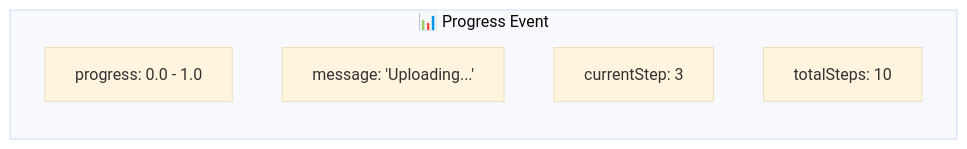
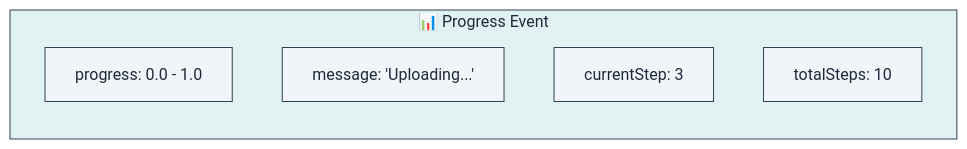
Before and after one commit to lploc94/flutter_orchestrator: the ninth of 16 diagrams in book/vi/chapters/05_advanced_patterns.md, drawn with Mermaid (base theme). The commit also changed other lines of this file and 4 other files, not shown here.

````diff
--- a/book/vi/chapters/05_advanced_patterns.md
+++ b/book/vi/chapters/05_advanced_patterns.md
@@ -207,9 +241,15 @@
 ```mermaid
 graph LR
     subgraph ProgressEvent["📊 Progress Event"]
         Value["progress: 0.0 - 1.0"]
         Message["message: 'Uploading...'"]
         Current["currentStep: 3"]
         Total["totalSteps: 10"]
     end
+    
+    style ProgressEvent fill:#e0f2f1,stroke:#334155,color:#1e293b
+    style Value fill:#f1f5f9,stroke:#334155,color:#1e293b
+    style Message fill:#f1f5f9,stroke:#334155,color:#1e293b
+    style Current fill:#f1f5f9,stroke:#334155,color:#1e293b
+    style Total fill:#f1f5f9,stroke:#334155,color:#1e293b
 ```
````
